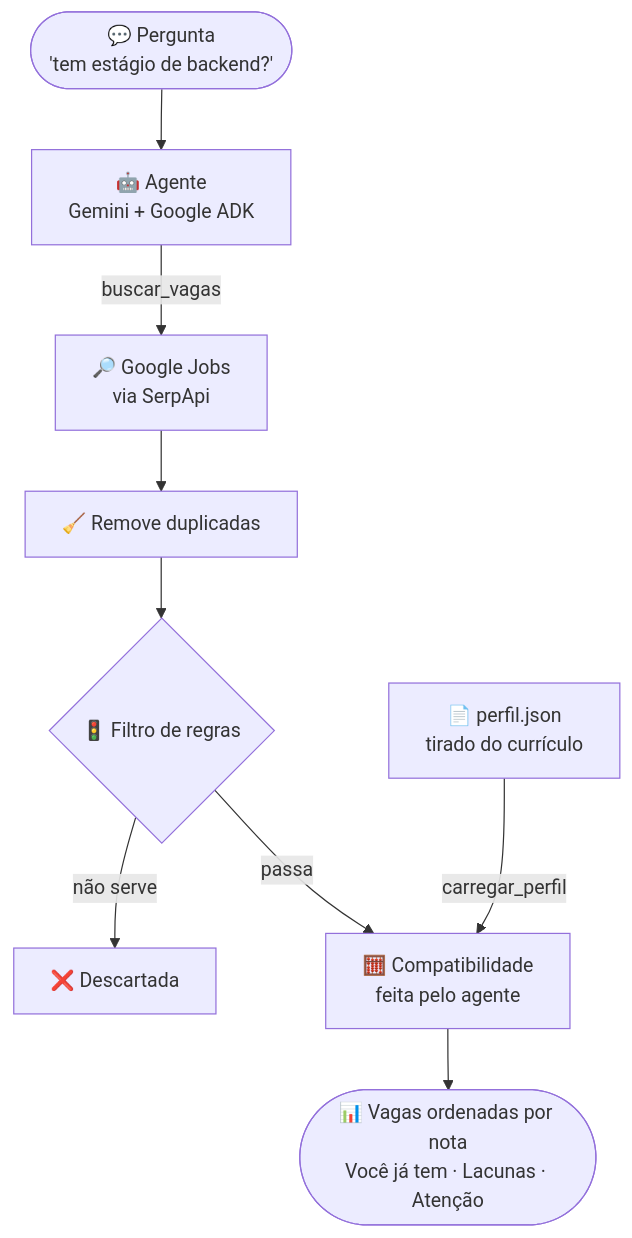
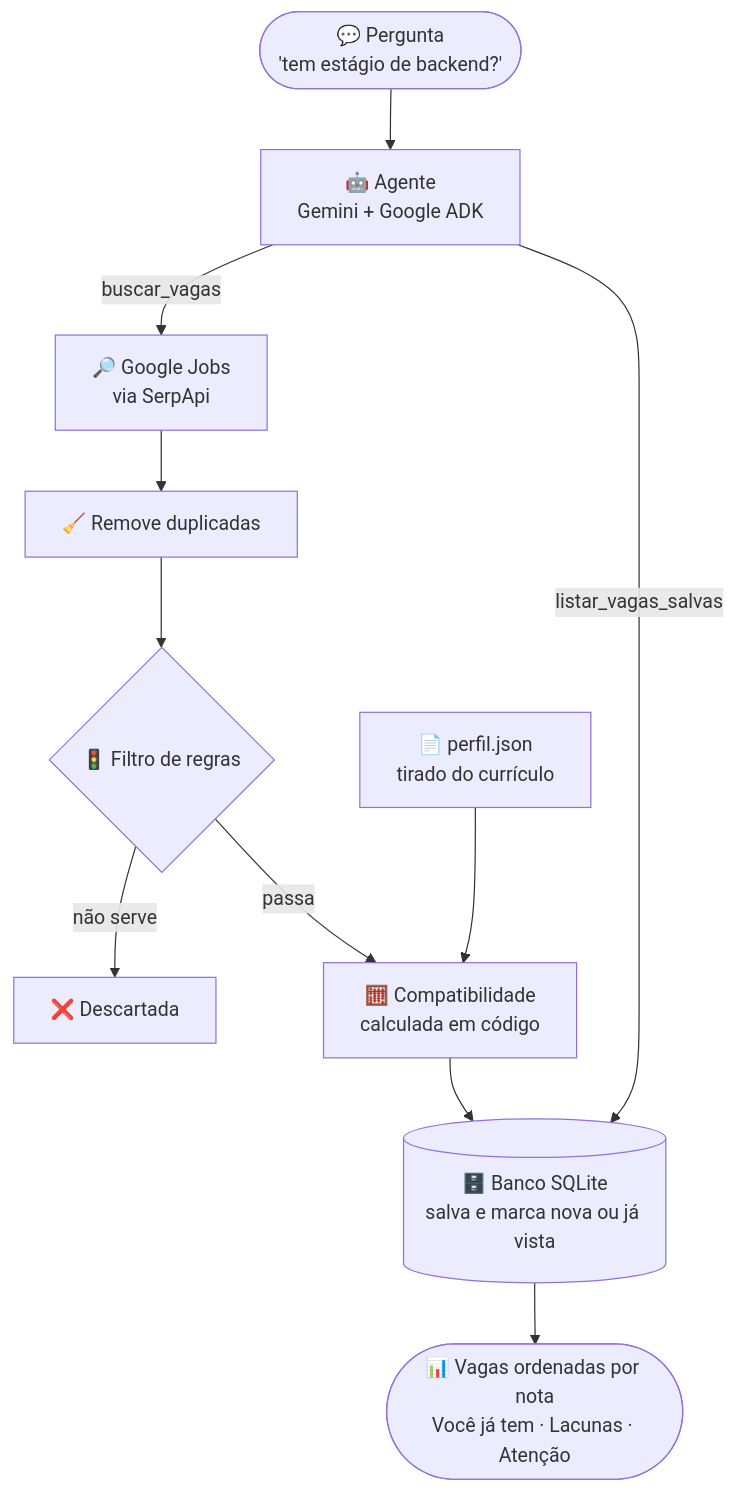
One commit to heitorcavss/radar-de-estagio changed the first of 2 diagrams in README.md. Above: the diagram before and after it, drawn with Mermaid. The commit also changed other lines of this file and 1 other file, not shown here.

First line of the commit message:
Atualiza o README e o NOTAS com o banco de dados e a nota em código

````diff
--- a/README.md
+++ b/README.md
@@ -28,11 +28,13 @@
 ```mermaid
 flowchart TD
     U(["💬 Pergunta<br/>'tem estágio de backend?'"]) --> A["🤖 Agente<br/>Gemini + Google ADK"]
     A -->|buscar_vagas| S["🔎 Google Jobs<br/>via SerpApi"]
     S --> D["🧹 Remove duplicadas"]
     D --> F{"🚦 Filtro de regras"}
     F -->|não serve| X["❌ Descartada"]
-    F -->|passa| C["🧮 Compatibilidade<br/>feita pelo agente"]
-    P["📄 perfil.json<br/>tirado do currículo"] -->|carregar_perfil| C
-    C --> R(["📊 Vagas ordenadas por nota<br/>Você já tem · Lacunas · Atenção"])
+    F -->|passa| C["🧮 Compatibilidade<br/>calculada em código"]
+    P["📄 perfil.json<br/>tirado do currículo"] --> C
+    C --> B[("🗄️ Banco SQLite<br/>salva e marca nova ou já vista")]
+    B --> R(["📊 Vagas ordenadas por nota<br/>Você já tem · Lacunas · Atenção"])
+    A -->|listar_vagas_salvas| B
 ```
````
